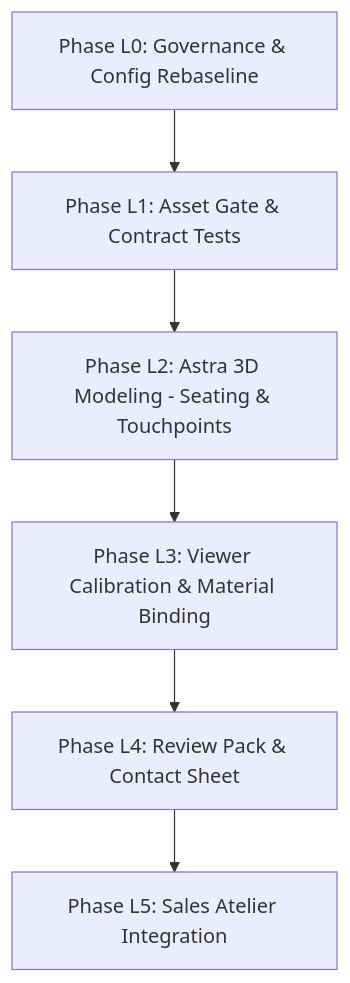
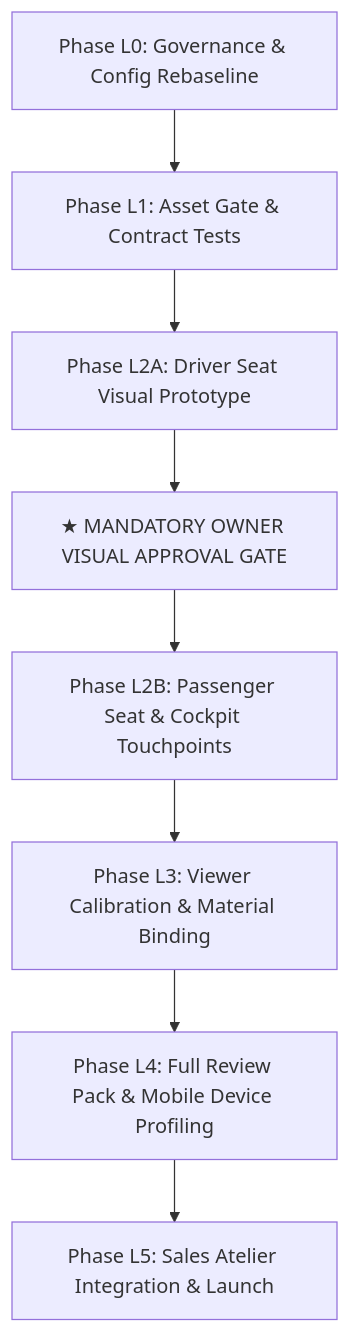
Before and after one commit to Suyanka21/AUTOLAB-DIGITAL-SHOWROOM: the diagram in docs/LEXUS_IMPLEMENTATION_PLAN.md, drawn with Mermaid. The commit also changed other lines of this file and 6 other files, not shown here.

Commit message:
docs(lexus): correct reference paths, add early visual gate, and relax performance assumptions

````diff
--- a/docs/LEXUS_IMPLEMENTATION_PLAN.md
+++ b/docs/LEXUS_IMPLEMENTATION_PLAN.md
@@ -14,8 +14,10 @@
 ```mermaid
 graph TD
     L0[Phase L0: Governance & Config Rebaseline] --> L1[Phase L1: Asset Gate & Contract Tests]
-    L1 --> L2[Phase L2: Astra 3D Modeling - Seating & Touchpoints]
-    L2 --> L3[Phase L3: Viewer Calibration & Material Binding]
-    L3 --> L4[Phase L4: Review Pack & Contact Sheet]
-    L4 --> L5[Phase L5: Sales Atelier Integration]
+    L1 --> L2A[Phase L2A: Driver Seat Visual Prototype]
+    L2A --> GATE[★ MANDATORY OWNER VISUAL APPROVAL GATE]
+    GATE --> L2B[Phase L2B: Passenger Seat & Cockpit Touchpoints]
+    L2B --> L3[Phase L3: Viewer Calibration & Material Binding]
+    L3 --> L4[Phase L4: Full Review Pack & Mobile Device Profiling]
+    L4 --> L5[Phase L5: Sales Atelier Integration & Launch]
 ```
````
